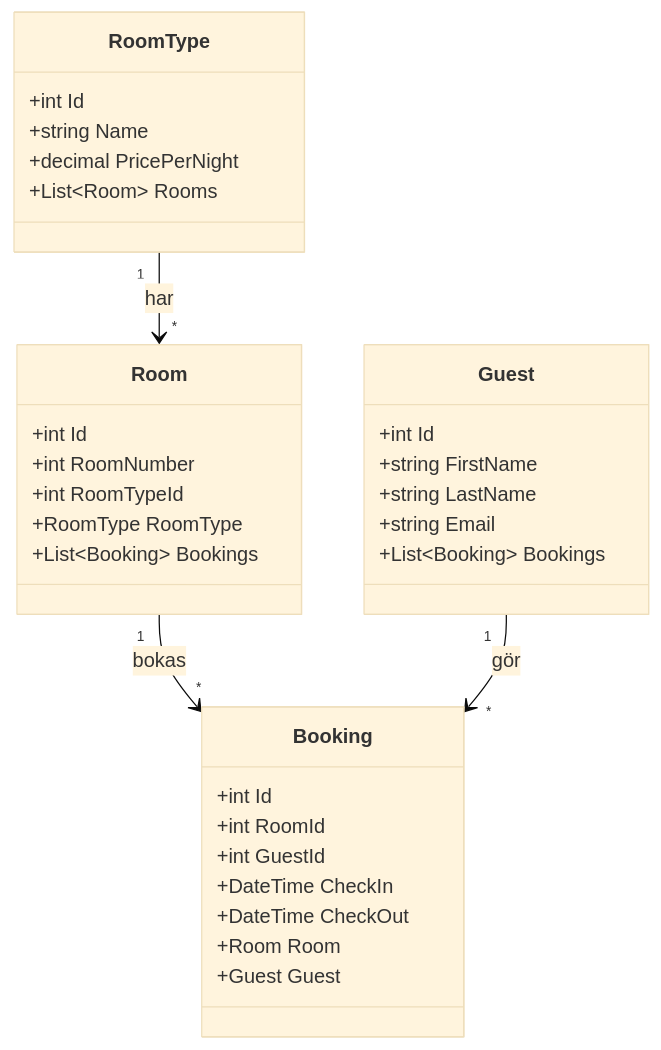
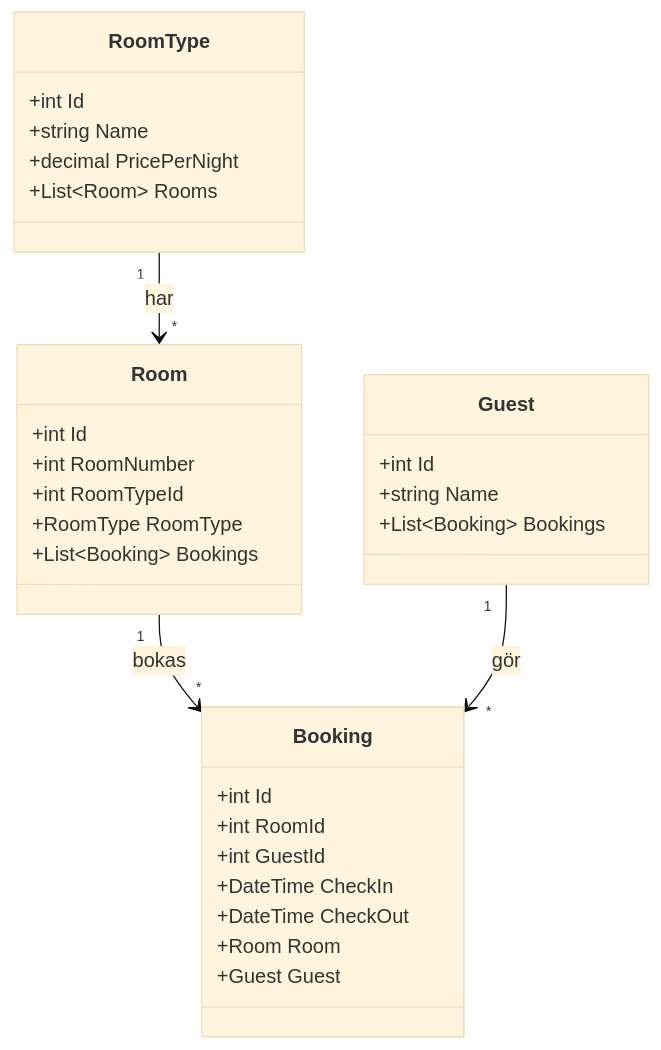
The diagram in README.md (SamarCumarHussein/samar-clo26-hotel-grandioso), drawn with Mermaid (base theme) before and after one commit.

````diff
--- a/README.md
+++ b/README.md
@@ -24,39 +24,37 @@
 ```mermaid
 classDiagram
     class Room {
         +int Id
         +int RoomNumber
         +int RoomTypeId
         +RoomType RoomType
         +List~Booking~ Bookings
     }
 
     class RoomType {
         +int Id
         +string Name
         +decimal PricePerNight
         +List~Room~ Rooms
     }
 
     class Guest {
         +int Id
-        +string FirstName
-        +string LastName
-        +string Email
+        +string Name
         +List~Booking~ Bookings
     }
 
     class Booking {
         +int Id
         +int RoomId
         +int GuestId
         +DateTime CheckIn
         +DateTime CheckOut
         +Room Room
         +Guest Guest
     }
 
     RoomType "1" --> "*" Room : har
     Room "1" --> "*" Booking : bokas
     Guest "1" --> "*" Booking : gör
 ```
````
